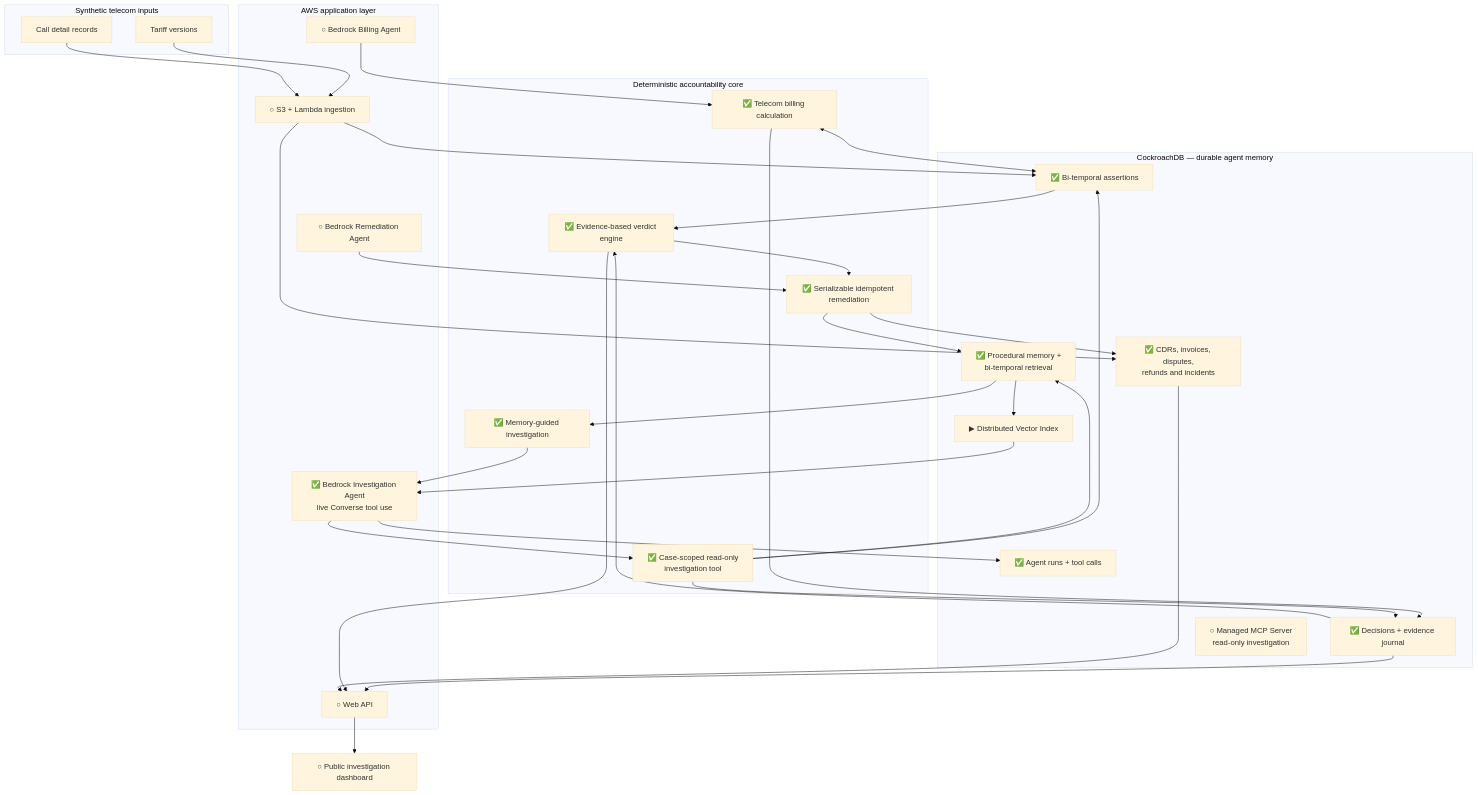
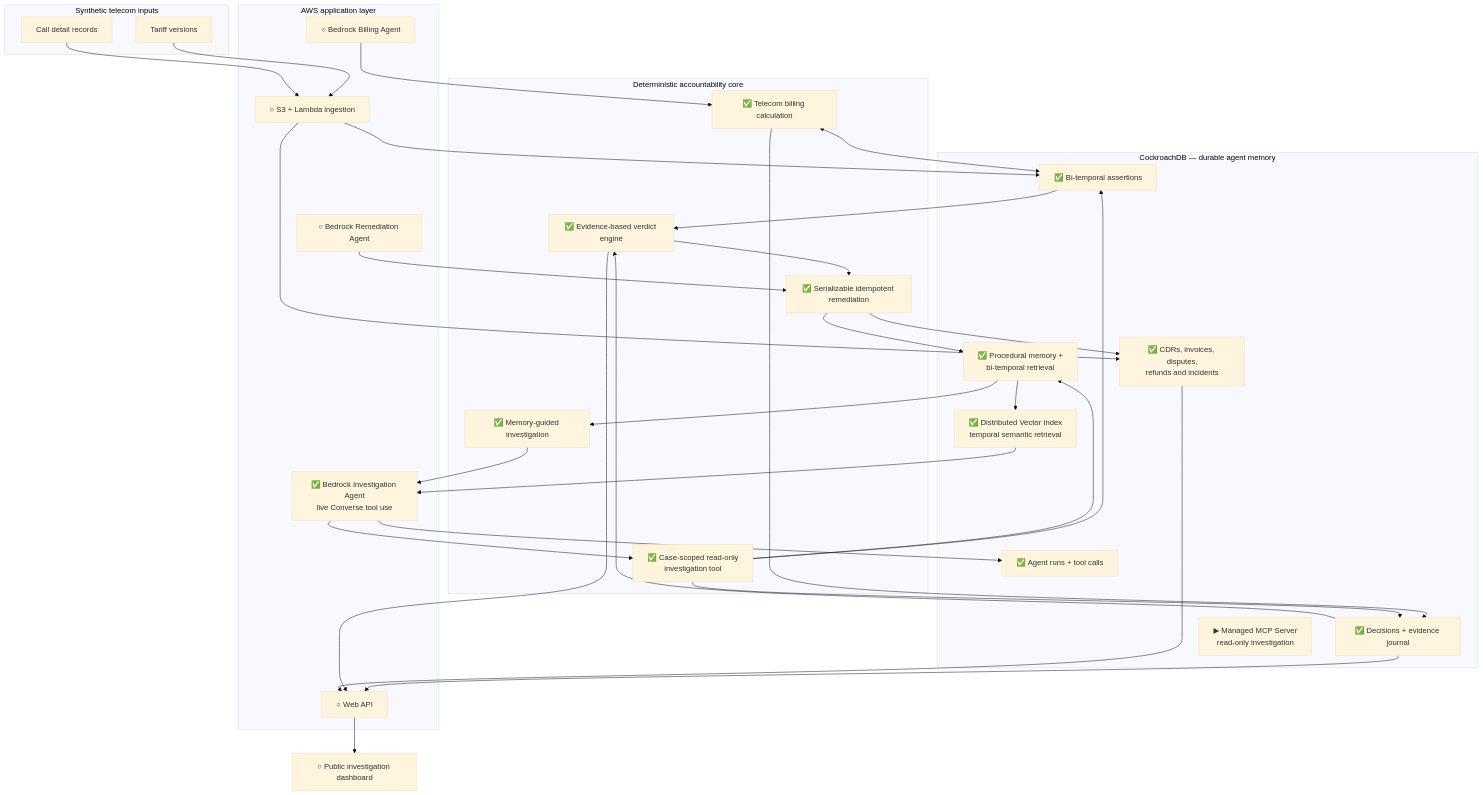
One commit to Mounir1200/HindSight changed the diagram in README.md. Above: the diagram before and after it, drawn with Mermaid (base theme). The commit also changed other lines of this file and 10 other files, not shown here.

Commit message:
feat: add CockroachDB vector memory retrieval

````diff
--- a/README.md
+++ b/README.md
@@ -99,66 +128,66 @@
 ```mermaid
 flowchart TB
     subgraph INPUTS["Synthetic telecom inputs"]
         TARIFFS["Tariff versions"]
         CDRS["Call detail records"]
     end
 
     subgraph AWS["AWS application layer"]
         INGEST["○ S3 + Lambda ingestion"]
         BILLING_AGENT["○ Bedrock Billing Agent"]
         INVESTIGATION_AGENT["✅ Bedrock Investigation Agent<br/>live Converse tool use"]
         REMEDIATION_AGENT["○ Bedrock Remediation Agent"]
         API["○ Web API"]
     end
 
     subgraph CORE["Deterministic accountability core"]
         BILLING["✅ Telecom billing calculation"]
         VERDICT["✅ Evidence-based verdict engine"]
         REMEDIATION["✅ Serializable idempotent remediation"]
         GUIDANCE["✅ Memory-guided investigation"]
         CONTEXT_TOOL["✅ Case-scoped read-only<br/>investigation tool"]
     end
 
     subgraph CRDB["CockroachDB — durable agent memory"]
         ASSERTIONS["✅ Bi-temporal assertions"]
         JOURNAL["✅ Decisions + evidence journal"]
         OPERATIONS["✅ CDRs, invoices, disputes,<br/>refunds and incidents"]
         MEMORY["✅ Procedural memory +<br/>bi-temporal retrieval"]
         AGENT_JOURNAL["✅ Agent runs + tool calls"]
-        VECTOR["▶ Distributed Vector Index"]
-        MCP["○ Managed MCP Server<br/>read-only investigation"]
+        VECTOR["✅ Distributed Vector Index<br/>temporal semantic retrieval"]
+        MCP["▶ Managed MCP Server<br/>read-only investigation"]
     end
 
     DASHBOARD["○ Public investigation dashboard"]
 
     TARIFFS --> INGEST
     CDRS --> INGEST
     INGEST --> ASSERTIONS
     INGEST --> OPERATIONS
 
     BILLING_AGENT --> BILLING
     BILLING <--> ASSERTIONS
     BILLING --> JOURNAL
 
     INVESTIGATION_AGENT --> CONTEXT_TOOL
     INVESTIGATION_AGENT --> AGENT_JOURNAL
     CONTEXT_TOOL --> ASSERTIONS
     CONTEXT_TOOL --> JOURNAL
     CONTEXT_TOOL --> MEMORY
     ASSERTIONS --> VERDICT
     JOURNAL --> VERDICT
 
     VERDICT --> REMEDIATION
     REMEDIATION_AGENT --> REMEDIATION
     REMEDIATION --> OPERATIONS
     REMEDIATION --> MEMORY
     MEMORY --> GUIDANCE
     GUIDANCE --> INVESTIGATION_AGENT
     MEMORY --> VECTOR
     VECTOR --> INVESTIGATION_AGENT
 
     JOURNAL --> API
     VERDICT --> API
     OPERATIONS --> API
     API --> DASHBOARD
 ```
````
